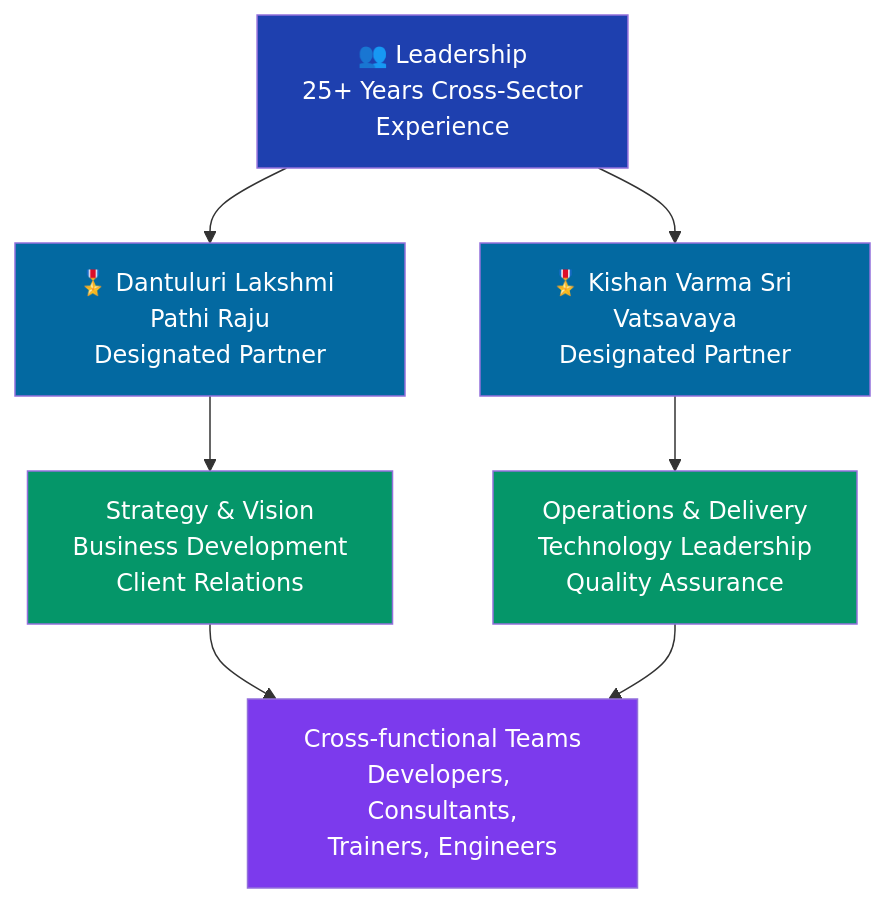
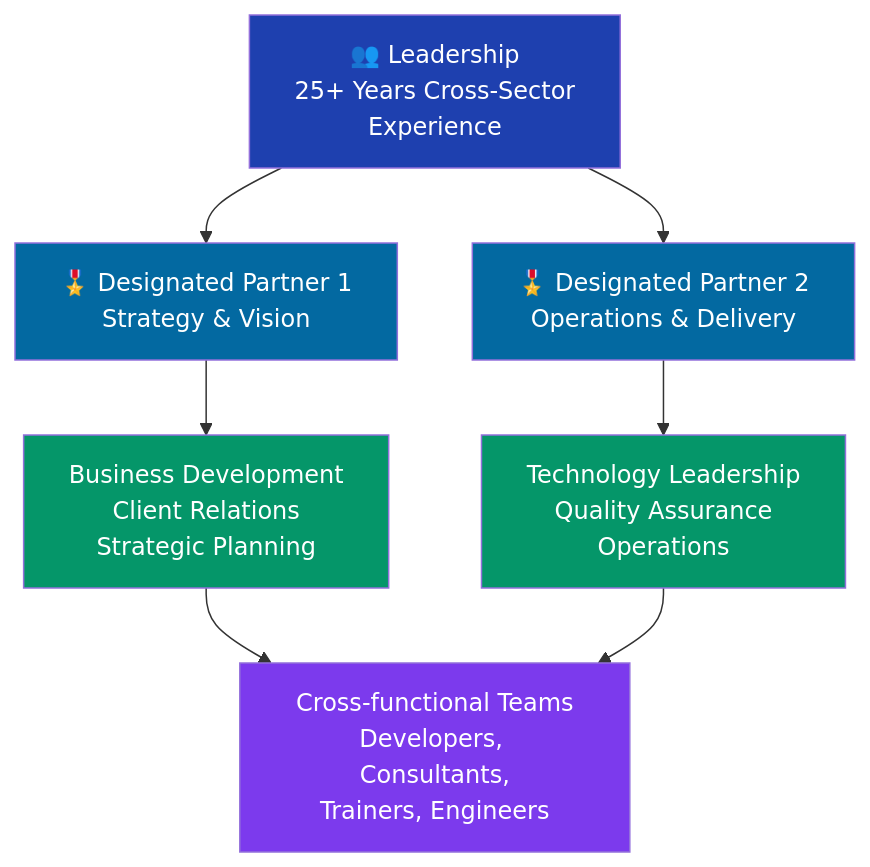
The fourth of 6 diagrams in COMPANY_PROFILE.md (Pavan755/VD-Digital-Alliances-LLP_Final-Reports), drawn with Mermaid before and after one commit. The commit also changed other lines of this file and 2 other files, not shown here.

Commit message:
docs: Final cleanup - remove sensitive company data
SECURITY UPDATES:
- Removed LLPIN registration code from COMPANY_PROFILE.md
- Redacted partner names from organizational chart
- Replaced company details in README with placeholder template

CONTENT UPDATES:
- README.md: Added 'About Company' section for user to customize
- COMPANY_PROFILE.md: Updated structure chart with generic titles
- All credential references cleaned and protected

The repository is now safe for public GitHub display while maintaining
all professional work documentation and achievements visible.

````diff
--- a/COMPANY_PROFILE.md
+++ b/COMPANY_PROFILE.md
@@ -501,20 +496,20 @@
 ```mermaid
 graph TB
     CEO["👥 Leadership<br/>25+ Years Cross-Sector<br/>Experience"]
     
-    CEO --> DP1["🎖️ Dantuluri Lakshmi Pathi Raju<br/>Designated Partner"]
-    CEO --> DP2["🎖️ Kishan Varma Sri Vatsavaya<br/>Designated Partner"]
+    CEO --> DP1["🎖️ Designated Partner 1<br/>Strategy & Vision"]
+    CEO --> DP2["🎖️ Designated Partner 2<br/>Operations & Delivery"]
     
-    DP1 --> DIV1["Strategy & Vision<br/>Business Development<br/>Client Relations"]
-    DP2 --> DIV2["Operations & Delivery<br/>Technology Leadership<br/>Quality Assurance"]
+    DP1 --> DIV1["Business Development<br/>Client Relations<br/>Strategic Planning"]
+    DP2 --> DIV2["Technology Leadership<br/>Quality Assurance<br/>Operations"]
     
     DIV1 --> TEAM["Cross-functional Teams<br/>Developers, Consultants,<br/>Trainers, Engineers"]
     DIV2 --> TEAM
     
     style CEO fill:#1e40af,color:#fff
     style DP1 fill:#0369a1,color:#fff
     style DP2 fill:#0369a1,color:#fff
     style DIV1 fill:#059669,color:#fff
     style DIV2 fill:#059669,color:#fff
     style TEAM fill:#7c3aed,color:#fff
 ```
````
